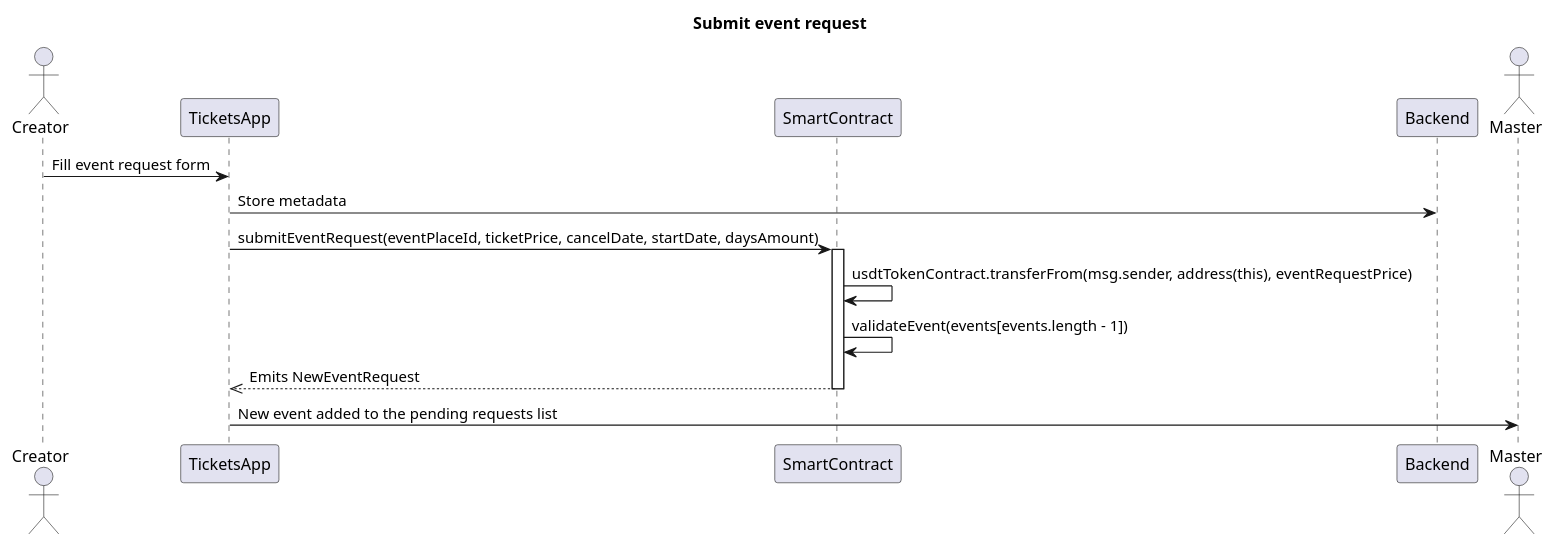
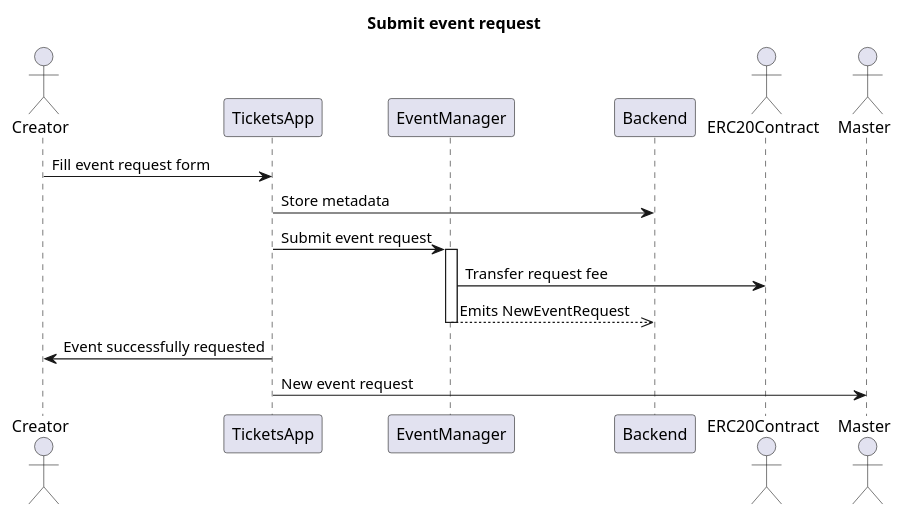
The seventh of 24 diagrams in README.org (ai-shift/cyber-valley-tickets), drawn with PlantUML before and after one commit. The commit also changed other lines of this file and 20 other files, not shown here.

Commit message:
fix: Actualize diagrams

```diff
--- a/README.org
+++ b/README.org
@@ -217,19 +216,20 @@
 #+begin_src plantuml :file ./img/submit-event-request.png
 title Submit event request
 
 actor Creator
 participant TicketsApp
-participant SmartContract
+participant EventManager
 participant Backend
+actor ERC20Contract
 actor Master
 
 Creator -> TicketsApp: Fill event request form
 TicketsApp -> Backend: Store metadata
-TicketsApp -> SmartContract: submitEventRequest(eventPlaceId, ticketPrice, cancelDate, startDate, daysAmount)
-activate SmartContract
-SmartContract -> SmartContract: usdtTokenContract.transferFrom(msg.sender, address(this), eventRequestPrice)
-SmartContract -> SmartContract: validateEvent(events[events.length - 1])
-SmartContract -->> TicketsApp: Emits NewEventRequest
-deactivate SmartContract
-TicketsApp -> Master: New event added to the pending requests list
+TicketsApp -> EventManager: Submit event request
+activate EventManager
+EventManager -> ERC20Contract: Transfer request fee
+EventManager -->> Backend: Emits NewEventRequest
+deactivate EventManager
+TicketsApp -> Creator: Event successfully requested
+TicketsApp -> Master: New event request
 #+end_src
```
